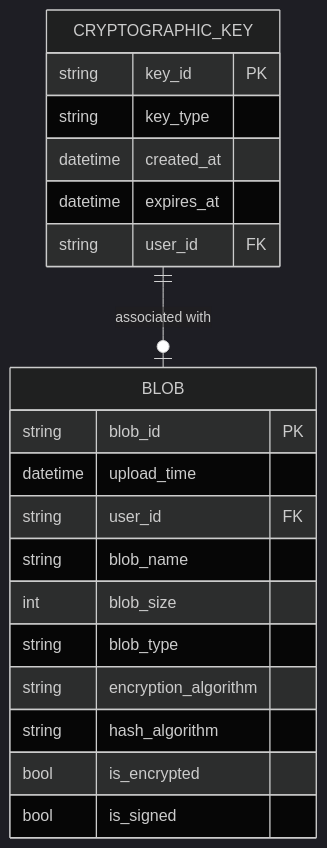
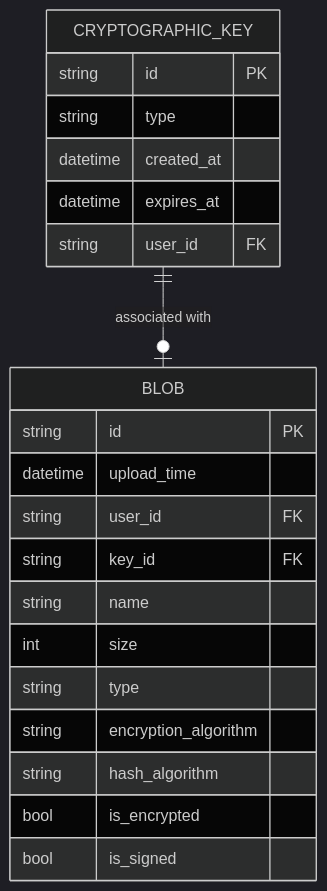
One commit to MGTheTrain/crypto-vault-service changed the diagram in docs/diagrams/erd.mmd. Above: the diagram before and after it, drawn with Mermaid (dark theme). The commit also changed 8 other files, not shown here.

```diff
--- a/docs/diagrams/erd.mmd
+++ b/docs/diagrams/erd.mmd
@@ -1,23 +1,24 @@
 erDiagram
     CRYPTOGRAPHIC_KEY {
-        string key_id PK
-        string key_type
+        string id PK
+        string type
         datetime created_at
         datetime expires_at
         string user_id FK
     }
 
     BLOB {
-        string blob_id PK
+        string id PK
         datetime upload_time
         string user_id FK
-        string blob_name
-        int blob_size
-        string blob_type
+        string key_id FK
+        string name
+        int size
+        string type
         string encryption_algorithm
         string hash_algorithm
         bool is_encrypted
         bool is_signed
     }
 
     CRYPTOGRAPHIC_KEY ||--o| BLOB : "associated with"
```
